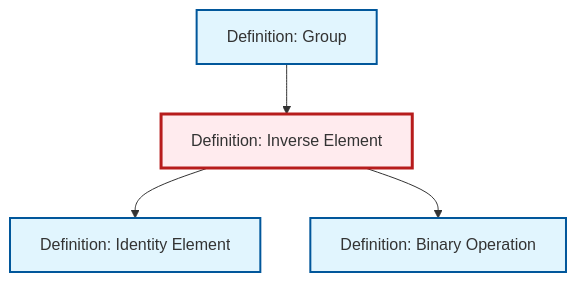
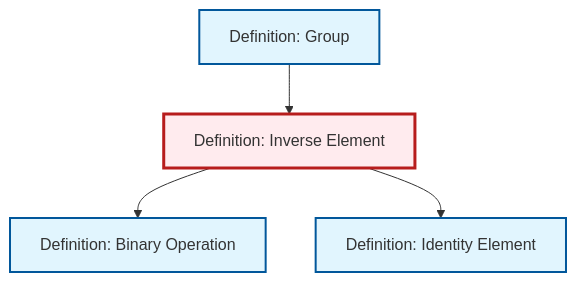
Before and after one commit to RK0429/ModernMath: the diagram in content/ja/algebra/def-inverse-element.qmd, drawn with Mermaid. The commit also changed other lines of this file and 615 other files, not shown here.

````diff
--- a/content/ja/algebra/def-inverse-element.qmd
+++ b/content/ja/algebra/def-inverse-element.qmd
@@ -84,20 +84,20 @@
 ```{mermaid}
 %%| fig-cap: "Local dependency graph"
 graph TD
     classDef definition fill:#e1f5fe,stroke:#01579b,stroke-width:2px
     classDef theorem fill:#f3e5f5,stroke:#4a148c,stroke-width:2px
     classDef axiom fill:#fff3e0,stroke:#e65100,stroke-width:2px
     classDef example fill:#e8f5e9,stroke:#1b5e20,stroke-width:2px
     classDef current fill:#ffebee,stroke:#b71c1c,stroke-width:3px
     def-group["Definition: Group"]:::definition
+    def-identity-element["Definition: Identity Element"]:::definition
+    def-binary-operation["Definition: Binary Operation"]:::definition
     def-inverse-element["Definition: Inverse Element"]:::definition
-    def-binary-operation["Definition: Binary Operation"]:::definition
-    def-identity-element["Definition: Identity Element"]:::definition
+    def-inverse-element --> def-binary-operation
     def-inverse-element --> def-identity-element
     def-group --> def-inverse-element
-    def-inverse-element --> def-binary-operation
     class def-inverse-element current
     click def-group "def-group.html" "Definition: Groupへ"
+    click def-identity-element "def-identity-element.html" "Definition: Identity Elementへ"
     click def-binary-operation "def-binary-operation.html" "Definition: Binary Operationへ"
-    click def-identity-element "def-identity-element.html" "Definition: Identity Elementへ"
 ```
````
